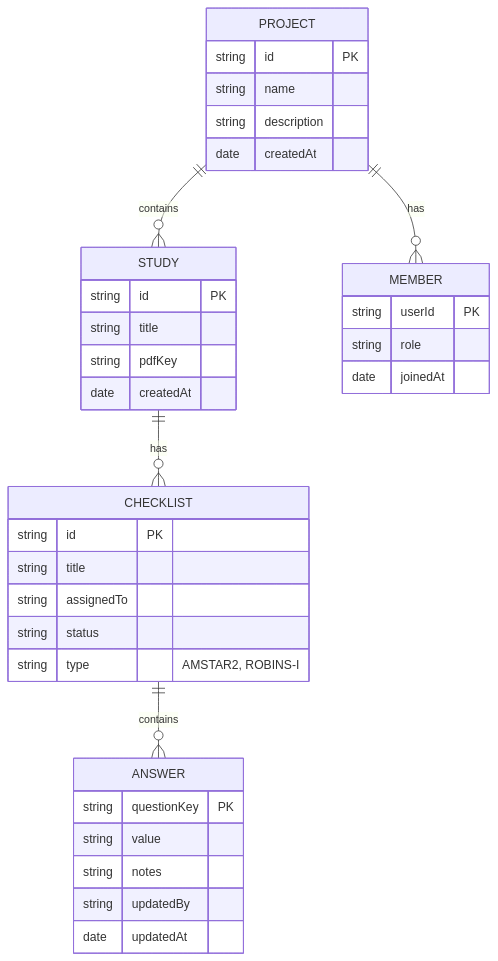
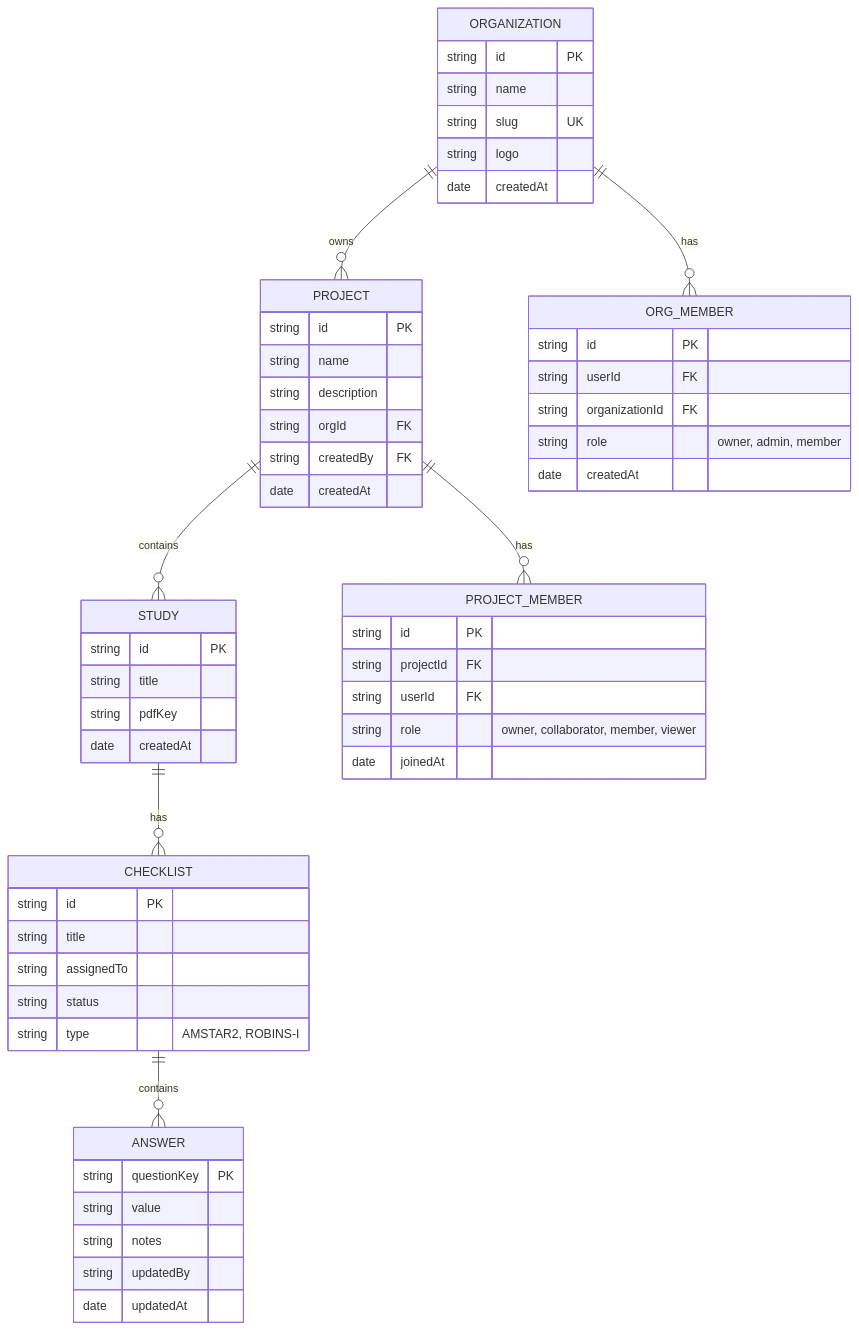
Before and after one commit to InfinityBowman/corates: the diagram in packages/docs/architecture/diagrams/04-data-model.md, drawn with Mermaid. The commit also changed other lines of this file and 12 other files, not shown here.

````diff
--- a/packages/docs/architecture/diagrams/04-data-model.md
+++ b/packages/docs/architecture/diagrams/04-data-model.md
@@ -5,43 +5,65 @@
 ```mermaid
 erDiagram
+    ORGANIZATION ||--o{ PROJECT : owns
+    ORGANIZATION ||--o{ ORG_MEMBER : has
     PROJECT ||--o{ STUDY : contains
-    PROJECT ||--o{ MEMBER : has
+    PROJECT ||--o{ PROJECT_MEMBER : has
     STUDY ||--o{ CHECKLIST : has
     CHECKLIST ||--o{ ANSWER : contains
+
+    ORGANIZATION {
+        string id PK
+        string name
+        string slug UK
+        string logo
+        date createdAt
+    }
+
+    ORG_MEMBER {
+        string id PK
+        string userId FK
+        string organizationId FK
+        string role "owner, admin, member"
+        date createdAt
+    }
 
     PROJECT {
         string id PK
         string name
         string description
+        string orgId FK
+        string createdBy FK
         date createdAt
     }
 
-    MEMBER {
-        string userId PK
-        string role
+    PROJECT_MEMBER {
+        string id PK
+        string projectId FK
+        string userId FK
+        string role "owner, collaborator, member, viewer"
         date joinedAt
     }
 
     STUDY {
         string id PK
         string title
         string pdfKey
         date createdAt
     }
 
     CHECKLIST {
         string id PK
         string title
         string assignedTo
         string status
         string type "AMSTAR2, ROBINS-I"
     }
 
     ANSWER {
         string questionKey PK
         string value
         string notes
         string updatedBy
         date updatedAt
     }
 ```
````
